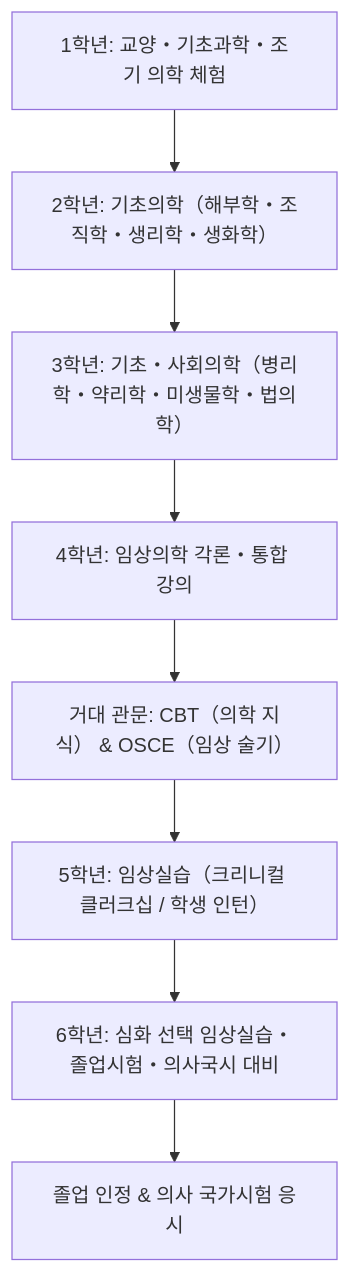
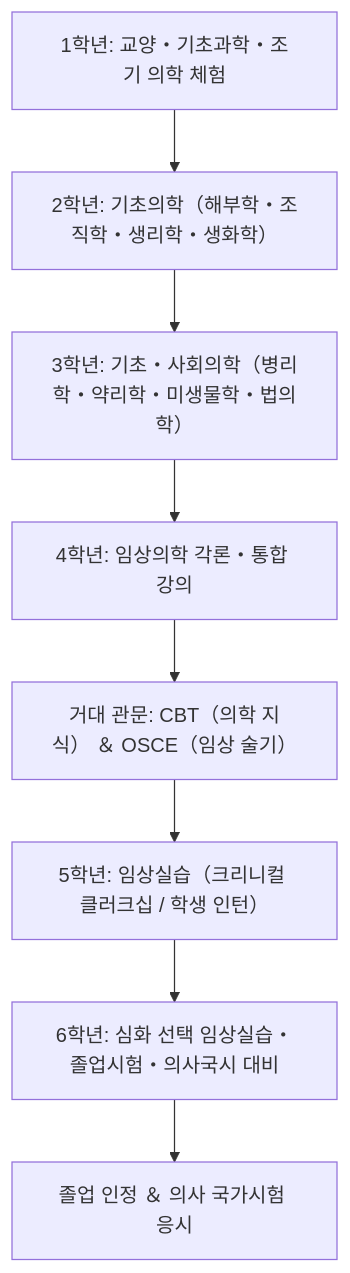
Before and after one commit to kenjinote/blog: the second of 7 diagrams in content/post/medical-doctor-education-qualifications-specialties/index.ko.md, drawn with Mermaid. The commit also changed other lines of this file and 12 other files, not shown here.

Commit message:
fix(medical-doctor): resolve mermaid syntax error in subgraph and fix unrendered bold asterisks

````diff
--- a/content/post/medical-doctor-education-qualifications-specialties/index.ko.md
+++ b/content/post/medical-doctor-education-qualifications-specialties/index.ko.md
@@ -66,10 +66,10 @@
 ```mermaid
 flowchart TD
     M1["1학년: 교양・기초과학・조기 의학 체험"] --> M2["2학년: 기초의학（해부학・조직학・생리학・생화학）"]
     M2 --> M3["3학년: 기초・사회의학（병리학・약리학・미생물학・법의학）"]
     M3 --> M4["4학년: 임상의학 각론・통합 강의"]
-    M4 --> EXAM["거대 관문: CBT（의학 지식） & OSCE（임상 술기）"]
+    M4 --> EXAM["거대 관문: CBT（의학 지식） ＆ OSCE（임상 술기）"]
     EXAM --> M5["5학년: 임상실습（크리니컬 클러크십 / 학생 인턴）"]
     M5 --> M6["6학년: 심화 선택 임상실습・졸업시험・의사국시 대비"]
-    M6 --> GRAD["졸업 인정 & 의사 국가시험 응시"]
+    M6 --> GRAD["졸업 인정 ＆ 의사 국가시험 응시"]
 ```
````
